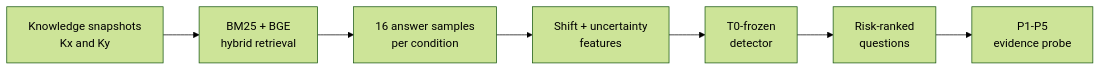
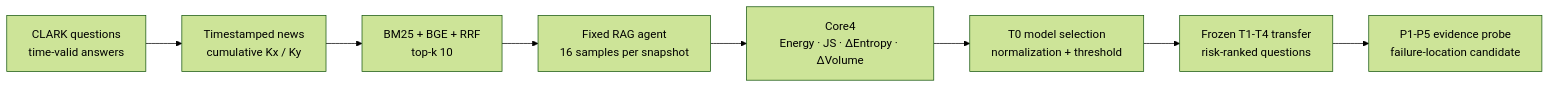
Before and after one commit to yoon-chan-hyeok/temporal-rag-drift: the diagram in README.md, drawn with Mermaid (forest theme). The commit also changed other lines of this file and 41 other files, not shown here.

Commit message:
Curate CLARK Core4 transfer and detector-linked probe

````diff
--- a/README.md
+++ b/README.md
@@ -24,9 +36,10 @@
-~~~mermaid
+```mermaid
 flowchart LR
-    A["Knowledge snapshots<br/>Kx and Ky"] --> B["BM25 + BGE<br/>hybrid retrieval"]
-    B --> C["16 answer samples<br/>per condition"]
-    C --> D["Shift + uncertainty<br/>features"]
-    D --> E["T0-frozen<br/>detector"]
-    E --> F["Risk-ranked<br/>questions"]
-    F --> G["P1-P5<br/>evidence probe"]
-~~~
+    A["CLARK questions<br/>time-valid answers"] --> B["Timestamped news<br/>cumulative Kx / Ky"]
+    B --> C["BM25 + BGE + RRF<br/>top-k 10"]
+    C --> D["Fixed RAG agent<br/>16 samples per snapshot"]
+    D --> E["Core4<br/>Energy · JS · ΔEntropy · ΔVolume"]
+    E --> F["T0 model selection<br/>normalization + threshold"]
+    F --> G["Frozen T1-T4 transfer<br/>risk-ranked questions"]
+    G --> H["P1-P5 evidence probe<br/>failure-location candidate"]
+```
````
